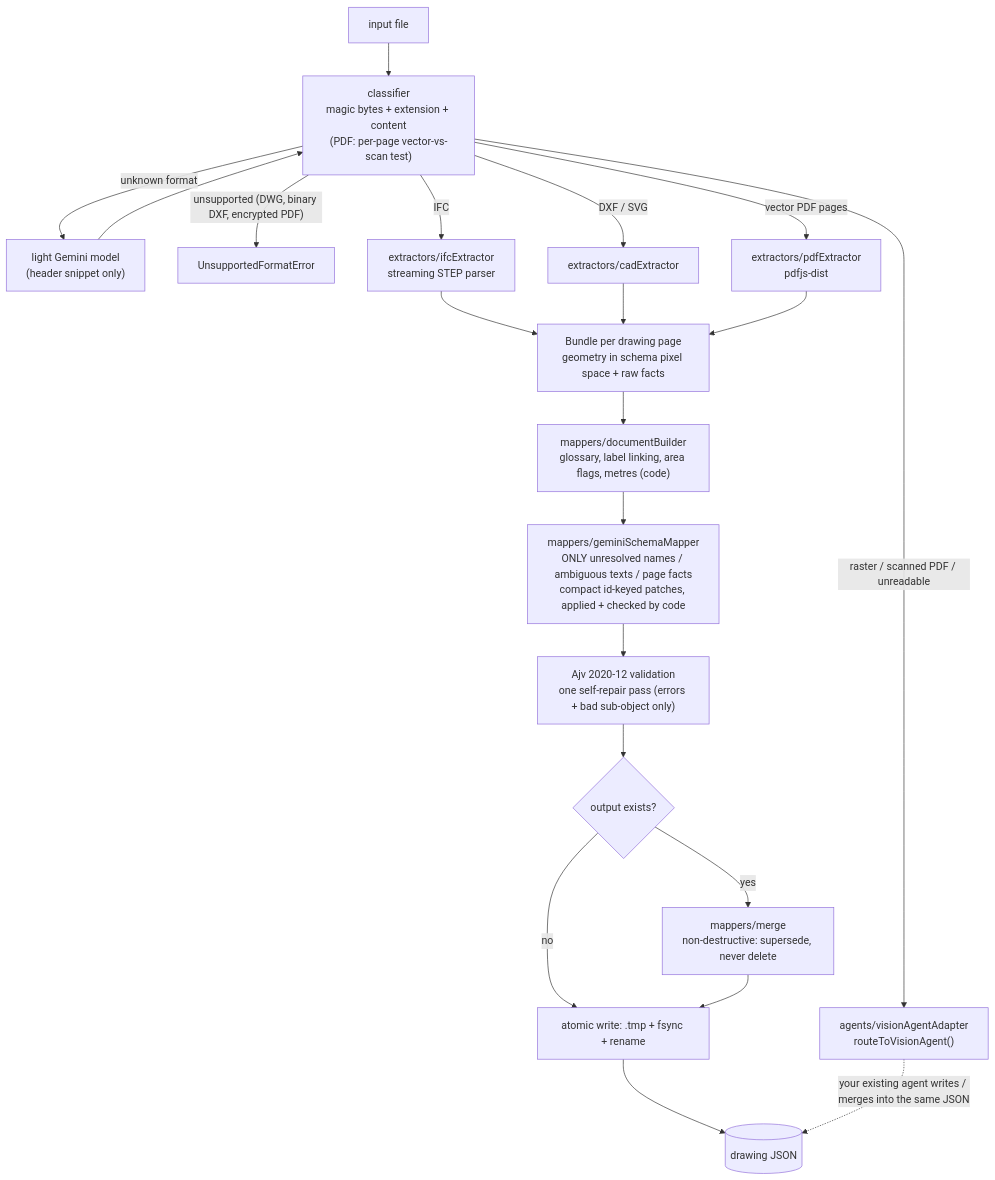
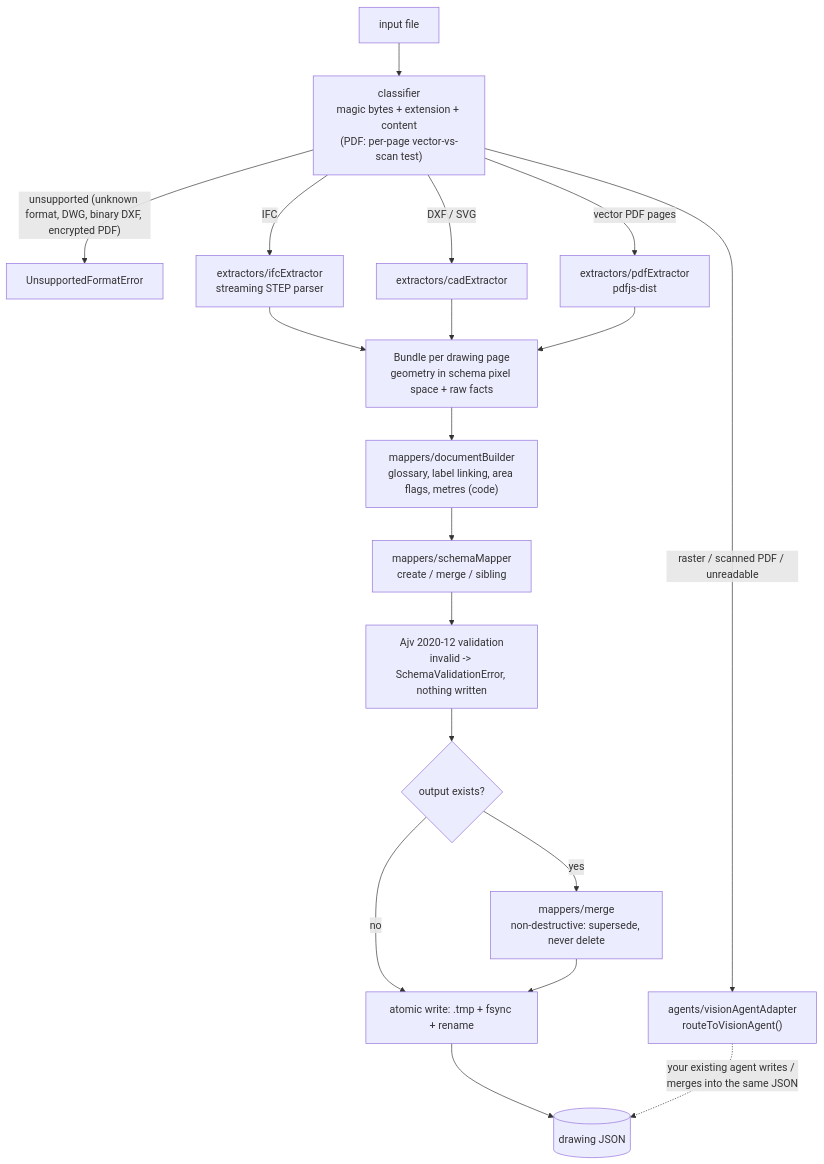
Before and after one commit to tsvetomir-zhivkov/STOA_CONSTRUCTION_INTEPRETER_AI: the diagram in blueprint-ingest/README.md, drawn with Mermaid. The commit also changed other lines of this file and 48 other files, not shown here.

Commit message:
Baseline before schema v0.3: per-building IFC output, viewer, extractor fixes

````diff
--- a/blueprint-ingest/README.md
+++ b/blueprint-ingest/README.md
@@ -9,19 +9,18 @@
 ```mermaid
 flowchart TD
     IN[input file] --> CL["classifier<br/>magic bytes + extension + content<br/>(PDF: per-page vector-vs-scan test)"]
     CL -- "raster / scanned PDF / unreadable" --> VA["agents/visionAgentAdapter<br/>routeToVisionAgent()"]
-    CL -- "unknown format" --> LLM1["light Gemini model<br/>(header snippet only)"] --> CL
-    CL -- "unsupported (DWG, binary DXF, encrypted PDF)" --> ERR[UnsupportedFormatError]
+    CL -- "unsupported (unknown format, DWG, binary DXF, encrypted PDF)" --> ERR[UnsupportedFormatError]
     CL -- "IFC" --> X1[extractors/ifcExtractor<br/>streaming STEP parser]
     CL -- "DXF / SVG" --> X2[extractors/cadExtractor]
     CL -- "vector PDF pages" --> X3[extractors/pdfExtractor<br/>pdfjs-dist]
     X1 & X2 & X3 --> B["Bundle per drawing page<br/>geometry in schema pixel space + raw facts"]
     B --> DB["mappers/documentBuilder<br/>glossary, label linking, area flags, metres (code)"]
-    DB --> GM["mappers/geminiSchemaMapper<br/>ONLY unresolved names / ambiguous texts / page facts<br/>compact id-keyed patches, applied + checked by code"]
-    GM --> V["Ajv 2020-12 validation<br/>one self-repair pass (errors + bad sub-object only)"]
+    DB --> GM["mappers/schemaMapper<br/>create / merge / sibling"]
+    GM --> V["Ajv 2020-12 validation<br/>invalid -> SchemaValidationError, nothing written"]
     V --> M{"output exists?"}
     M -- no --> W[atomic write: .tmp + fsync + rename]
     M -- yes --> MG["mappers/merge<br/>non-destructive: supersede, never delete"] --> W
     W --> OUT[(drawing JSON)]
     VA -. "your existing agent writes / merges into the same JSON" .-> OUT
 ```
````
